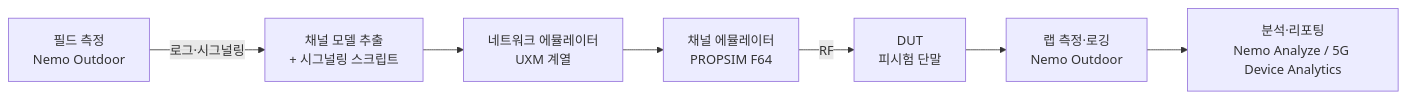
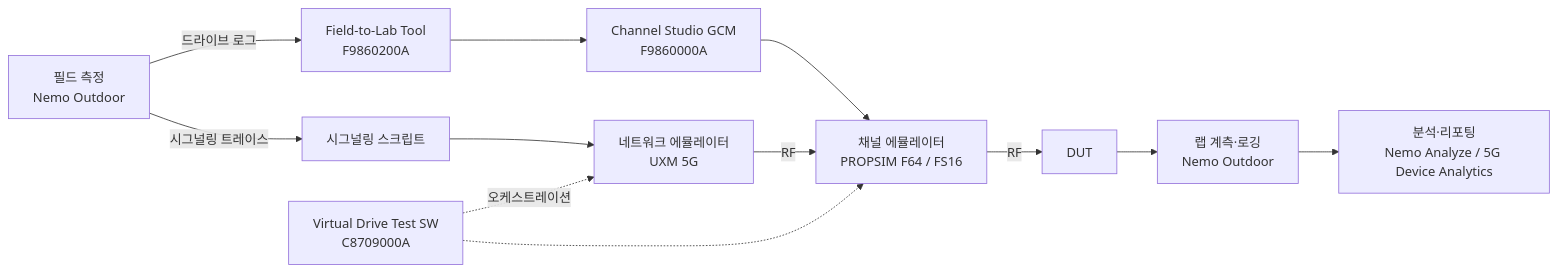
One commit to kangjm2/poc changed the diagram in docs/keysight-vdt-research.md. Above: the diagram before and after it, drawn with Mermaid. The commit also changed other lines of this file, not shown here.

````diff
--- a/docs/keysight-vdt-research.md
+++ b/docs/keysight-vdt-research.md
@@ -187,9 +292,14 @@
 ```mermaid
 flowchart LR
-  A[필드 측정<br/>Nemo Outdoor] -->|로그·시그널링| B[채널 모델 추출<br/>+ 시그널링 스크립트]
-  B --> C[네트워크 에뮬레이터<br/>UXM 계열]
-  C --> D[채널 에뮬레이터<br/>PROPSIM F64]
-  D -->|RF| E[DUT<br/>피시험 단말]
-  E --> F[랩 측정·로깅<br/>Nemo Outdoor]
-  F --> G[분석·리포팅<br/>Nemo Analyze / 5G Device Analytics]
+  A["필드 측정<br/>Nemo Outdoor"] -->|"드라이브 로그"| B["Field-to-Lab Tool<br/>F9860200A"]
+  A -->|"시그널링 트레이스"| S["시그널링 스크립트"]
+  B --> C["Channel Studio GCM<br/>F9860000A"]
+  C --> D["채널 에뮬레이터<br/>PROPSIM F64 / FS16"]
+  S --> N["네트워크 에뮬레이터<br/>UXM 5G"]
+  N -->|"RF"| D
+  D -->|"RF"| E["DUT"]
+  E --> F["랩 계측·로깅<br/>Nemo Outdoor"]
+  F --> G["분석·리포팅<br/>Nemo Analyze / 5G Device Analytics"]
+  O["Virtual Drive Test SW<br/>C8709000A"] -.->|"오케스트레이션"| N
+  O -.-> D
 ```
````
